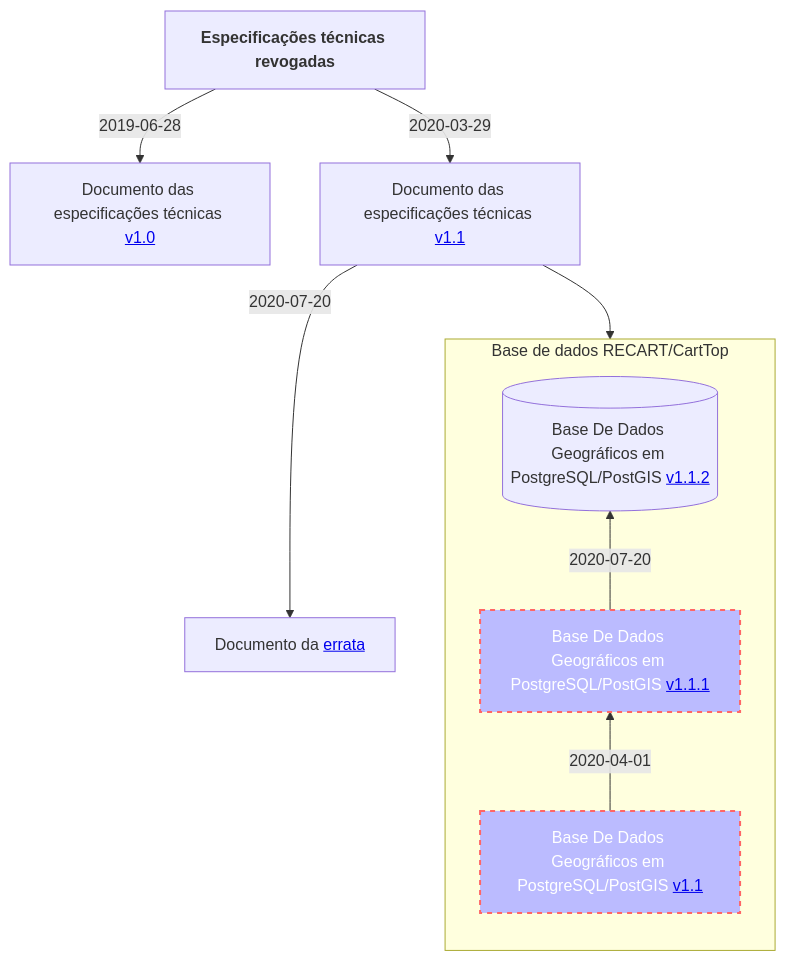
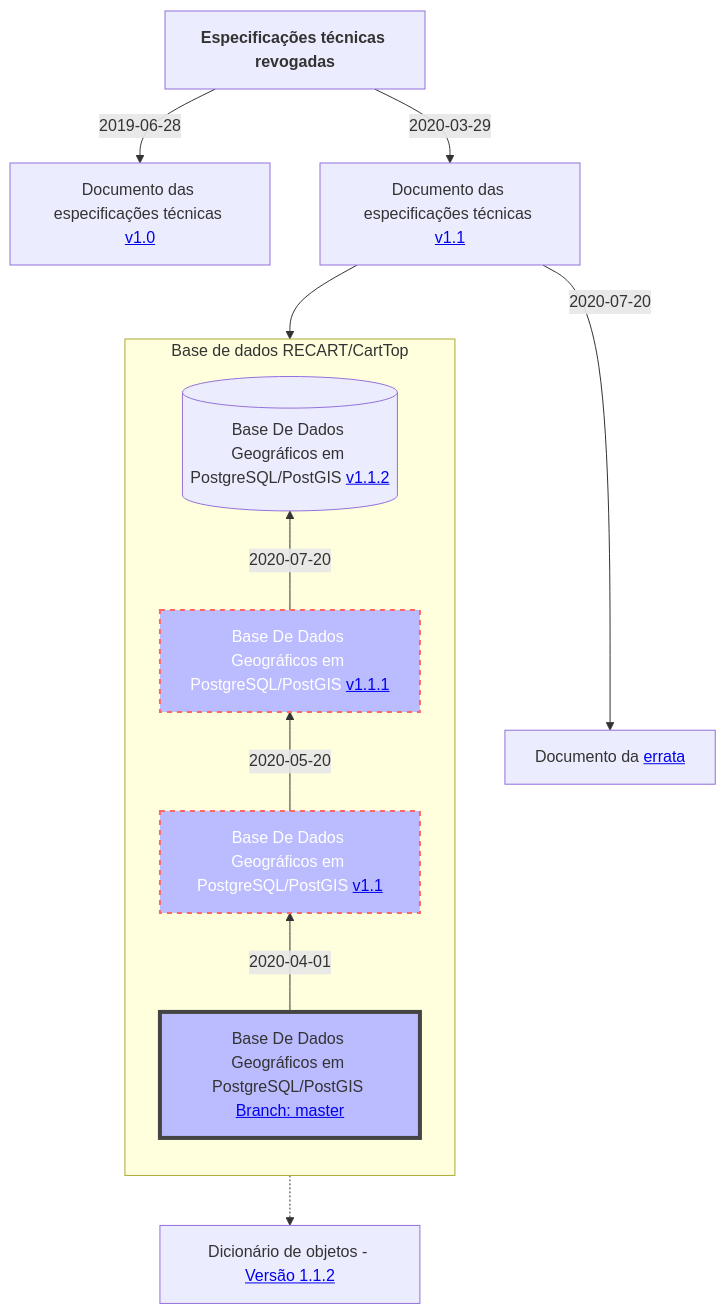
One commit to dgterritorio/recart-carttop-arquivo changed the diagram in README.md. Above: the diagram before and after it, drawn with Mermaid.

Commit message:
Dicionário de objetos revogado (v1.1.2)

````diff
--- a/README.md
+++ b/README.md
@@ -4,12 +4,14 @@
 ```mermaid
 graph TD;
     id1["`**Especificações técnicas revogadas**`"]-->|2019-06-28|id2[Documento das especificações técnicas <a href=//github.com/dgterritorio/recart-carttop-arquivo/blob/main/v1.0/NormasEspecificacoesTecnicas-CartTopV1.0-20190628.pdf>v1.0</a>]
     id1["`**Especificações técnicas revogadas**`"]-->|2020-03-29|id3[Documento das especificações técnicas <a href=//github.com/dgterritorio/recart-carttop-arquivo/blob/main/v1.1/NormasEspecificacoesTecnicas-CartTop-V1.1-20200329.pdf>v1.1</a>]-->|2020-07-20|id4[Documento da <a href=//github.com/dgterritorio/recart-carttop-arquivo/blob/main/v1.1/NormasEspecificacoesTecnicas-Errata%20CartTop-V1.1-20200720.pdf>errata</a>]
     subgraph titulo1[Base de dados RECART/CartTop]
         direction BT
         style id5 fill:#bbf,stroke:#f66,stroke-width:2px,color:#fff,stroke-dasharray: 5 5
-        style id6 fill:#bbf,stroke:#f66,stroke-width:2px,color:#fff,stroke-dasharray: 5 5       
-        id5[Base De Dados Geográficos em PostgreSQL/PostGIS <a href=//github.com/dgterritorio/RECART/releases/tag/v1.1>v1.1</a>]-->|2020-04-01|id6[Base De Dados Geográficos em PostgreSQL/PostGIS <a href=//github.com/dgterritorio/RECART/releases/tag/v1.1.1>v1.1.1</a>] -->|2020-07-20|id7[(Base De Dados Geográficos em PostgreSQL/PostGIS <a href=//github.com/dgterritorio/RECART/releases/tag/v1.1.2>v1.1.2</a>)]
+        style id6 fill:#bbf,stroke:#f66,stroke-width:2px,color:#fff,stroke-dasharray: 5 5
+        style idmaster fill:#bbf,stroke:#444,stroke-width:4px       
+        idmaster[Base De Dados Geográficos em PostgreSQL/PostGIS <a href=//github.com/dgterritorio/RECART>Branch: master</a>]-->|2020-04-01|id5[Base De Dados Geográficos em PostgreSQL/PostGIS <a href=//github.com/dgterritorio/RECART/releases/tag/v1.1>v1.1</a>]-->|2020-05-20|id6[Base De Dados Geográficos em PostgreSQL/PostGIS <a href=//github.com/dgterritorio/RECART/releases/tag/v1.1.1>v1.1.1</a>] -->|2020-07-20|id7[(Base De Dados Geográficos em PostgreSQL/PostGIS <a href=//github.com/dgterritorio/RECART/releases/tag/v1.1.2>v1.1.2</a>)]
     end
     id3[Documento das especificações técnicas <a href=//github.com/dgterritorio/recart-carttop-arquivo/blob/main/v1.1/NormasEspecificacoesTecnicas-CartTop-V1.1-20200329.pdf>v1.1</a>]--> titulo1[Base de dados RECART/CartTop]
+    titulo1[Base de dados RECART/CartTop] -.-> idDicionario112[Dicionário de objetos - <a href=//www.dgterritorio.gov.pt/recart/v_1_1_2/recart.html>Versão 1.1.2</a>]
 ```
````
